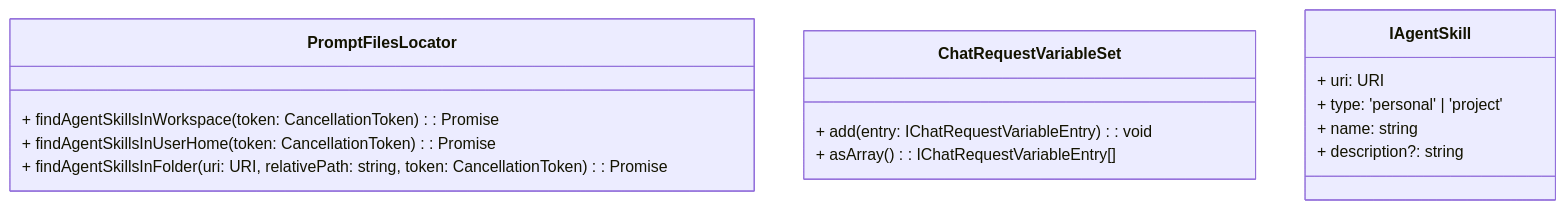
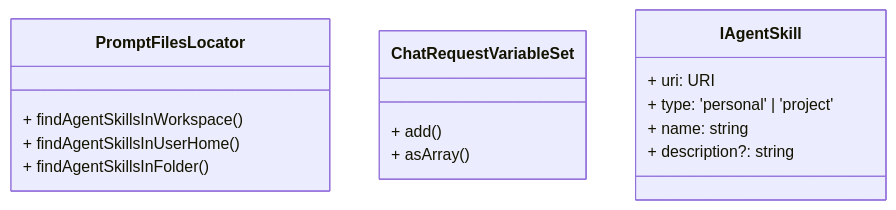
One commit to tamuratak/vscode changed the second of 4 diagrams in living_doc/agentskills.md. Above: the diagram before and after it, drawn with Mermaid. The commit also changed other lines of this file, not shown here.

Commit message:
Refactor AGENT Skill documentation to remove undefined types from class diagrams for clarity

````diff
--- a/living_doc/agentskills.md
+++ b/living_doc/agentskills.md
@@ -54,20 +54,20 @@
 ```mermaid
 classDiagram
 class PromptFilesLocator {
-	+ findAgentSkillsInWorkspace(token: CancellationToken): Promise
-	+ findAgentSkillsInUserHome(token: CancellationToken): Promise
-	+ findAgentSkillsInFolder(uri: URI, relativePath: string, token: CancellationToken): Promise<URI[]>
+	+ findAgentSkillsInWorkspace()
+	+ findAgentSkillsInUserHome()
+	+ findAgentSkillsInFolder()
 }
 
 class ChatRequestVariableSet {
-	+ add(entry: IChatRequestVariableEntry): void
-	+ asArray(): IChatRequestVariableEntry[]
+	+ add()
+	+ asArray()
 }
 
 class IAgentSkill {
 	+ uri: URI
 	+ type: 'personal' | 'project'
 	+ name: string
 	+ description?: string
 }
 ```
````
